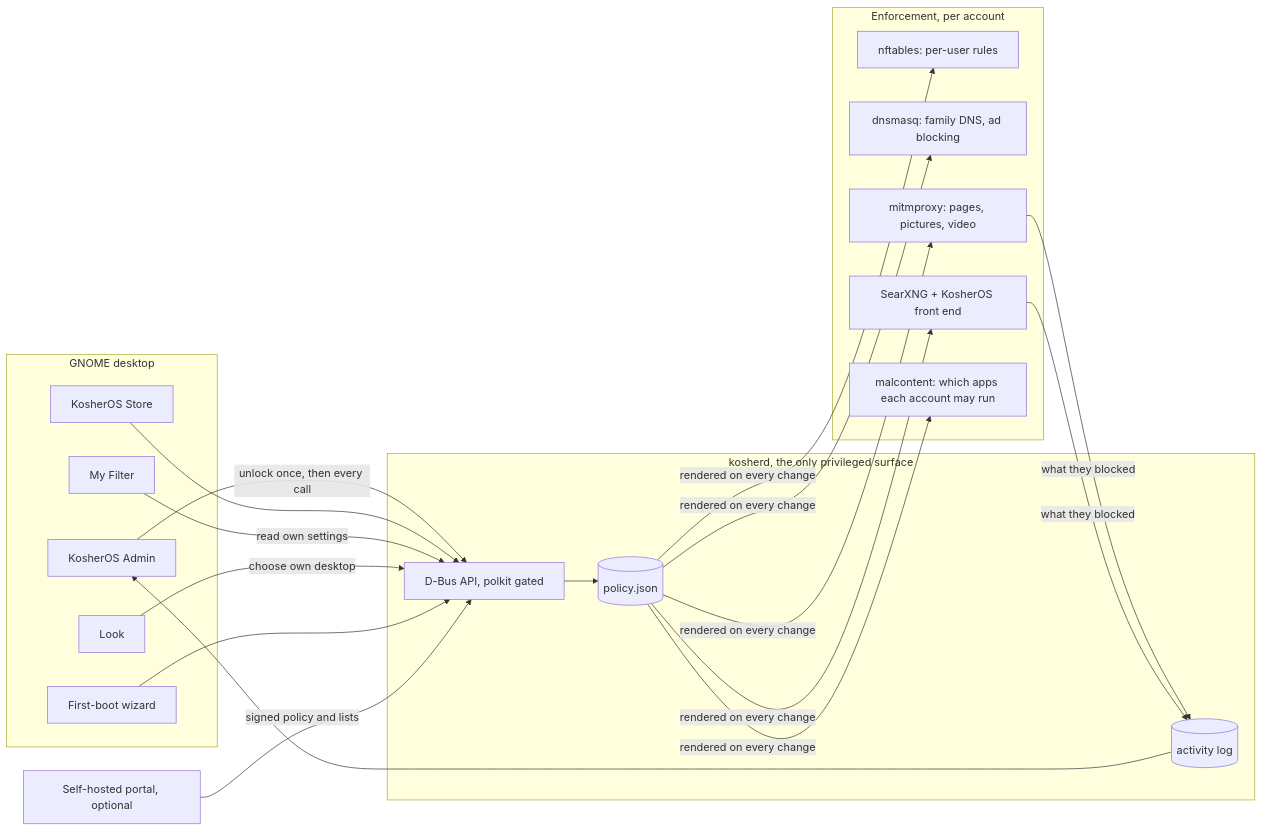
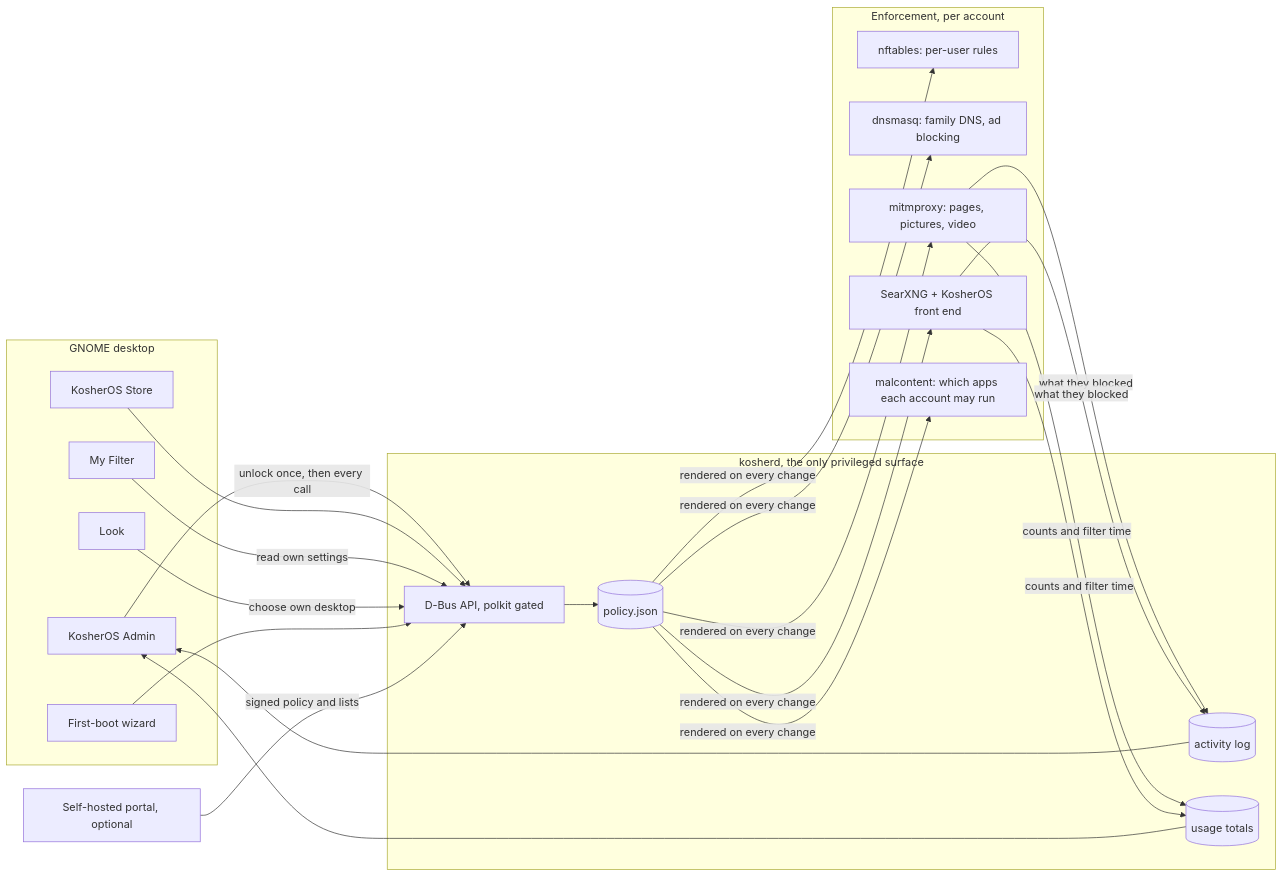
One commit to aareman/KosherOS changed the diagram in docs/architecture.md. Above: the diagram before and after it, drawn with Mermaid. The commit also changed 1 other file, not shown here.

Commit message:
docs: the Usage page and how its totals are kept small
Refs #166

````diff
--- a/docs/architecture.md
+++ b/docs/architecture.md
@@ -8,32 +8,34 @@
 ```mermaid
 flowchart LR
     subgraph desktop [GNOME desktop]
         Admin[KosherOS Admin]
         Store[KosherOS Store]
         MyFilter[My Filter]
         Look[Look]
         Setup[First-boot wizard]
     end
     subgraph daemon [kosherd, the only privileged surface]
         DBus[D-Bus API, polkit gated]
         Policy[(policy.json)]
         Activity[(activity log)]
+        Usage[(usage totals)]
     end
     subgraph enforcement [Enforcement, per account]
         NFT[nftables: per-user rules]
         DNS[dnsmasq: family DNS, ad blocking]
         Proxy[mitmproxy: pages, pictures, video]
         Search[SearXNG + KosherOS front end]
         MCT[malcontent: which apps each account may run]
     end
     Admin -->|unlock once, then every call| DBus
     Store --> DBus
     MyFilter -->|read own settings| DBus
     Look -->|choose own desktop| DBus
     Setup --> DBus
     DBus --> Policy
     Policy -->|rendered on every change| NFT & DNS & Proxy & Search & MCT
     Proxy & Search -->|what they blocked| Activity
-    Activity --> Admin
+    Proxy & Search -->|counts and filter time| Usage
+    Activity & Usage --> Admin
     Portal[Self-hosted portal, optional] -->|signed policy and lists| DBus
 ```
````
